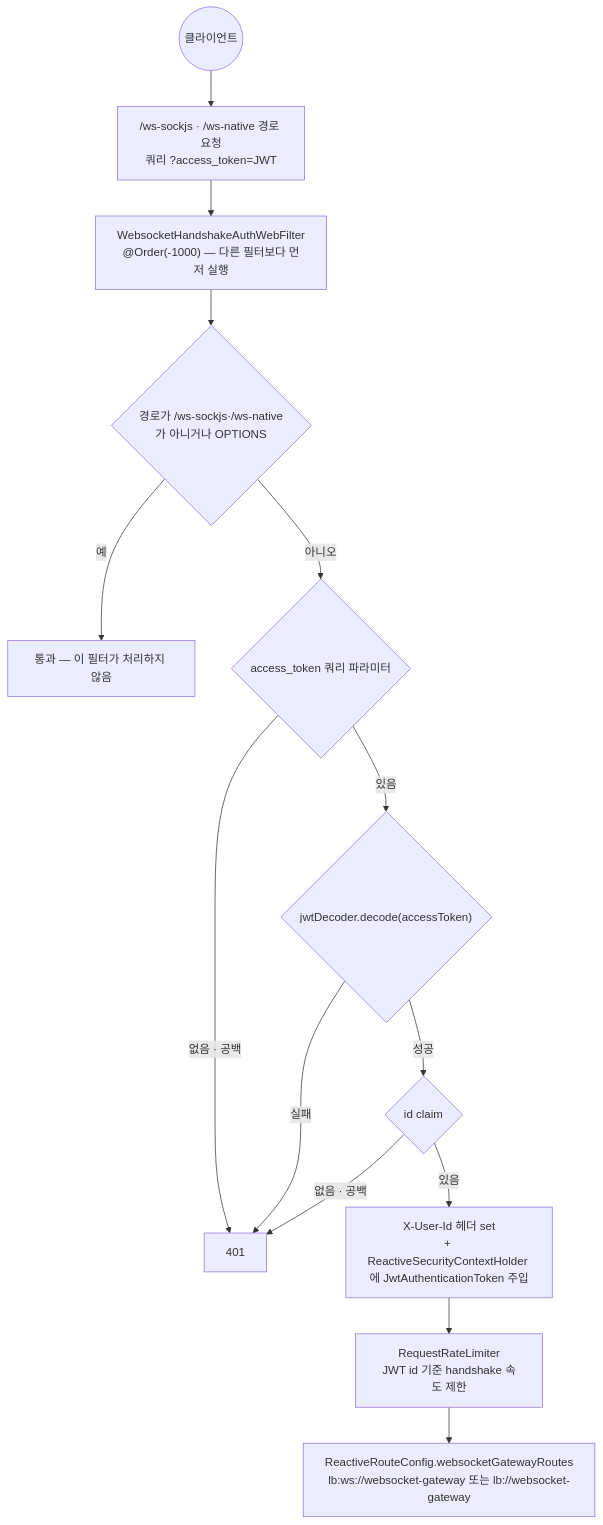
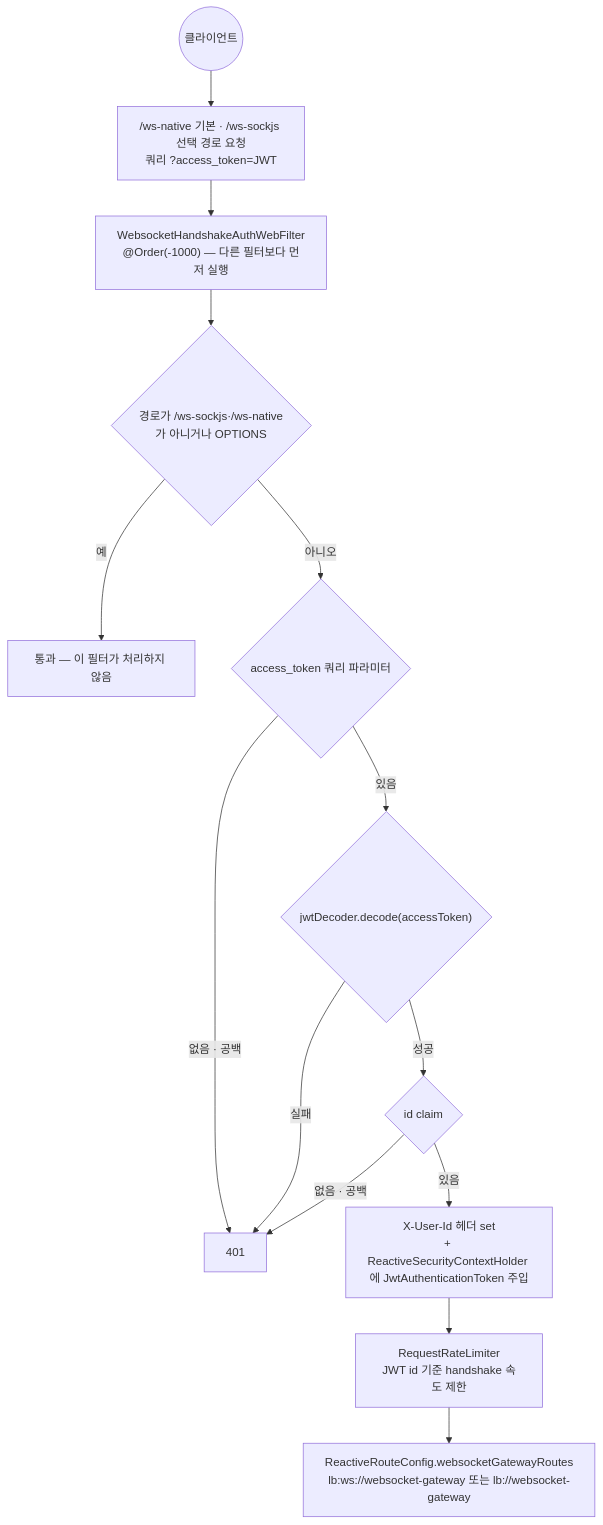
The second of 3 diagrams in docs/modules/API_GATEWAY.md (noah0504789/crypto-project-backend), drawn with Mermaid before and after one commit. The commit also changed 7 other files, not shown here.

````diff
--- a/docs/modules/API_GATEWAY.md
+++ b/docs/modules/API_GATEWAY.md
@@ -90,25 +90,25 @@
 ```mermaid
 graph TB
   C(("클라이언트"))
-  P["/ws-sockjs · /ws-native 경로 요청<br/>쿼리 ?access_token=JWT"]
+  P["/ws-native 기본 · /ws-sockjs 선택 경로 요청<br/>쿼리 ?access_token=JWT"]
   F["WebsocketHandshakeAuthWebFilter<br/>@Order(-1000) — 다른 필터보다 먼저 실행"]
   SKIP{"경로가 /ws-sockjs·/ws-native가 아니거나 OPTIONS"}
   PASS["통과 — 이 필터가 처리하지 않음"]
   T{"access_token 쿼리 파라미터"}
   D{"jwtDecoder.decode(accessToken)"}
   I{"id claim"}
   E401["401"]
   SET["X-User-Id 헤더 set<br/>+ ReactiveSecurityContextHolder 에 JwtAuthenticationToken 주입"]
   RL["RequestRateLimiter<br/>JWT id 기준 handshake 속도 제한"]
   R["ReactiveRouteConfig.websocketGatewayRoutes<br/>lb:ws://websocket-gateway 또는 lb://websocket-gateway"]
 
   C --> P --> F --> SKIP
   SKIP -->|"예"| PASS
   SKIP -->|"아니오"| T
   T -->|"없음 · 공백"| E401
   T -->|"있음"| D
   D -->|"실패"| E401
   D -->|"성공"| I
   I -->|"없음 · 공백"| E401
   I -->|"있음"| SET --> RL --> R
 ```
````
